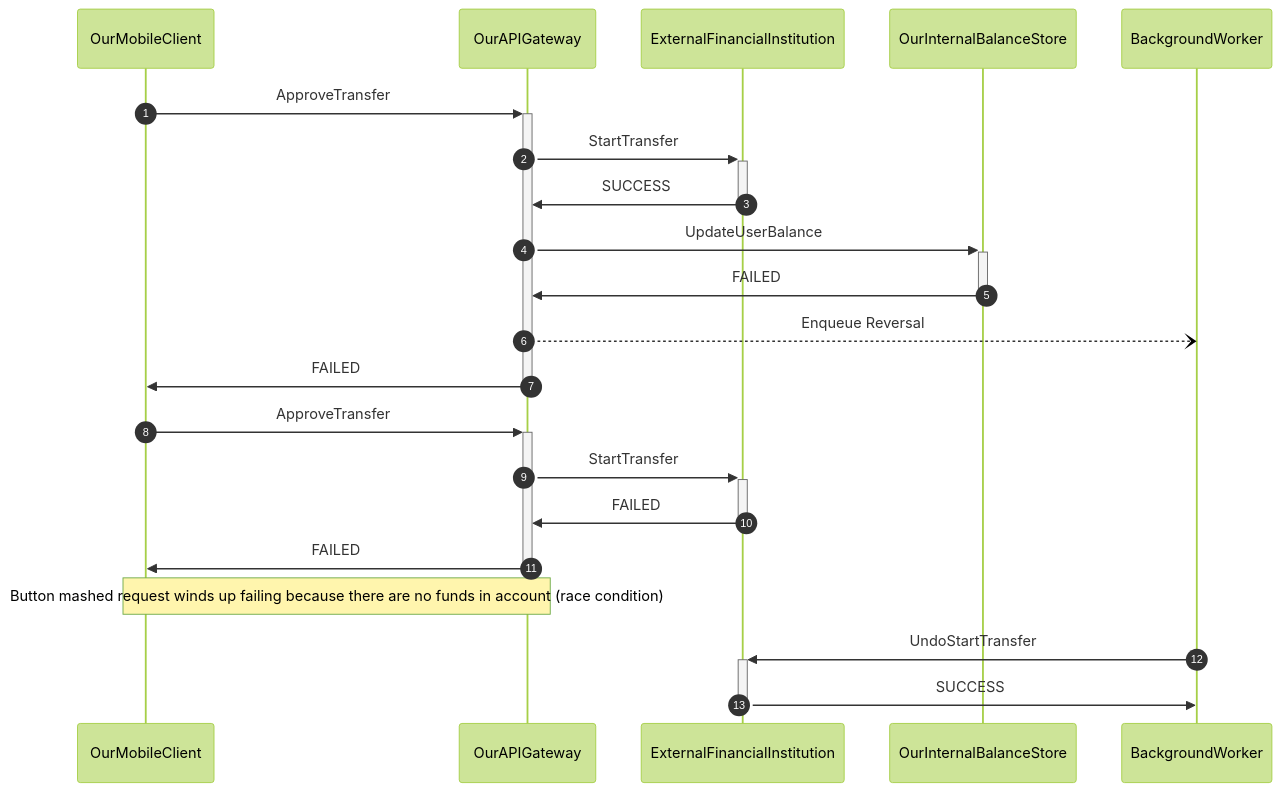
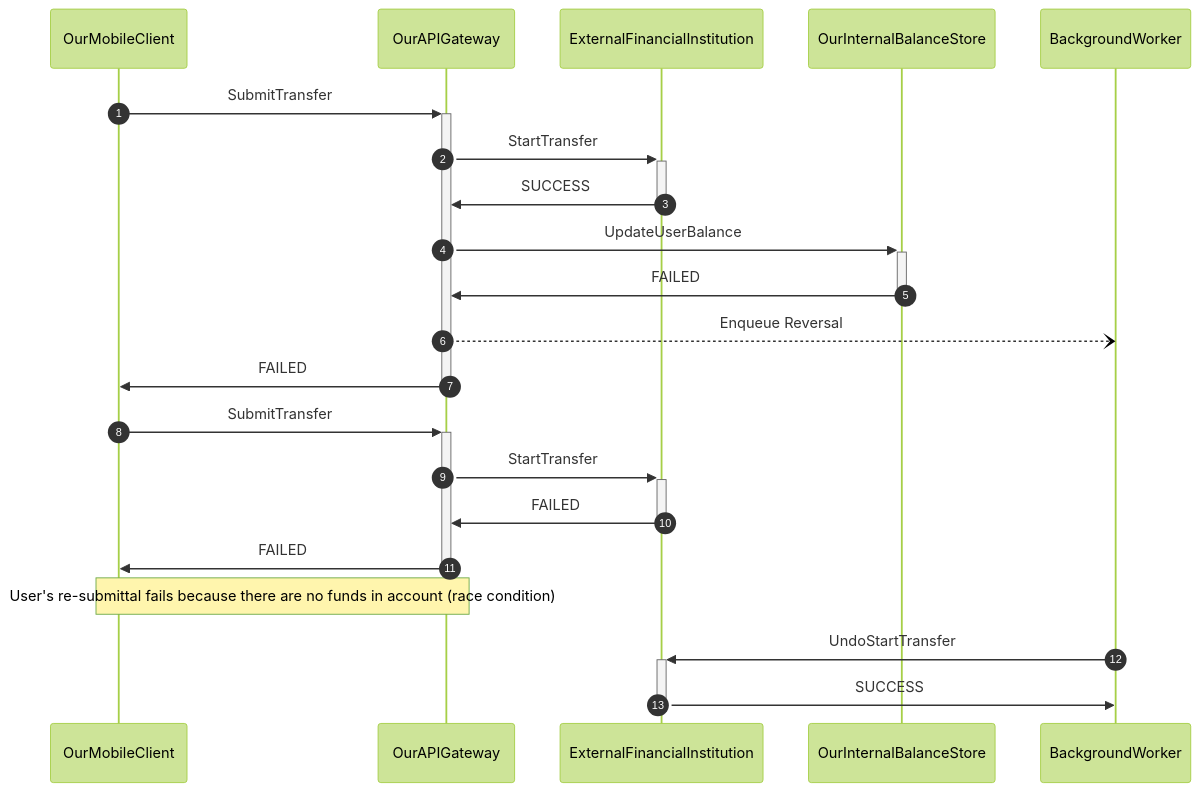
The fourth of 4 diagrams in README.md (andrewhao/tla-plus-onramp), drawn with Mermaid (forest theme) before and after one commit. The commit also changed other lines of this file, not shown here.

````diff
--- a/README.md
+++ b/README.md
@@ -80,18 +136,18 @@
 ```mermaid
 sequenceDiagram
 autonumber
-OurMobileClient->>+OurAPIGateway: ApproveTransfer
+OurMobileClient->>+OurAPIGateway: SubmitTransfer
 OurAPIGateway->>+ExternalFinancialInstitution: StartTransfer
 ExternalFinancialInstitution->>-OurAPIGateway: SUCCESS
 OurAPIGateway->>+OurInternalBalanceStore: UpdateUserBalance
 OurInternalBalanceStore->>-OurAPIGateway: FAILED
 OurAPIGateway--)BackgroundWorker: Enqueue Reversal
 OurAPIGateway->>-OurMobileClient: FAILED
-OurMobileClient->>+OurAPIGateway: ApproveTransfer
+OurMobileClient->>+OurAPIGateway: SubmitTransfer
 OurAPIGateway->>+ExternalFinancialInstitution: StartTransfer
 ExternalFinancialInstitution->>-OurAPIGateway: FAILED
 OurAPIGateway->>-OurMobileClient: FAILED
-Note over OurMobileClient,OurAPIGateway: Button mashed request winds up failing because there are no funds in account (race condition)
+Note over OurMobileClient,OurAPIGateway: User's  re-submittal fails because there are no funds in account (race condition)
 BackgroundWorker->>+ExternalFinancialInstitution: UndoStartTransfer
 ExternalFinancialInstitution->>-BackgroundWorker: SUCCESS
 ```
````
